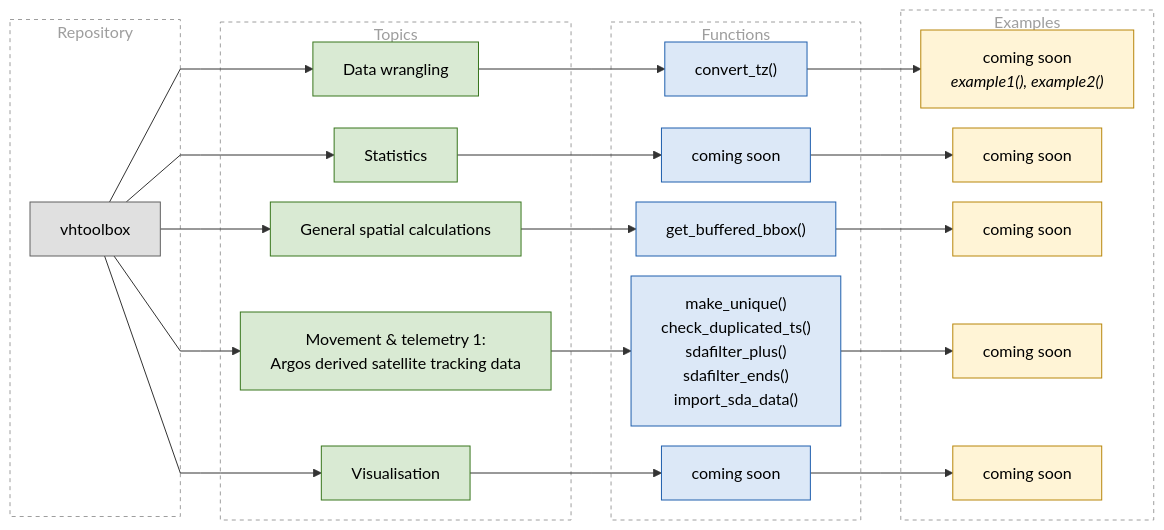
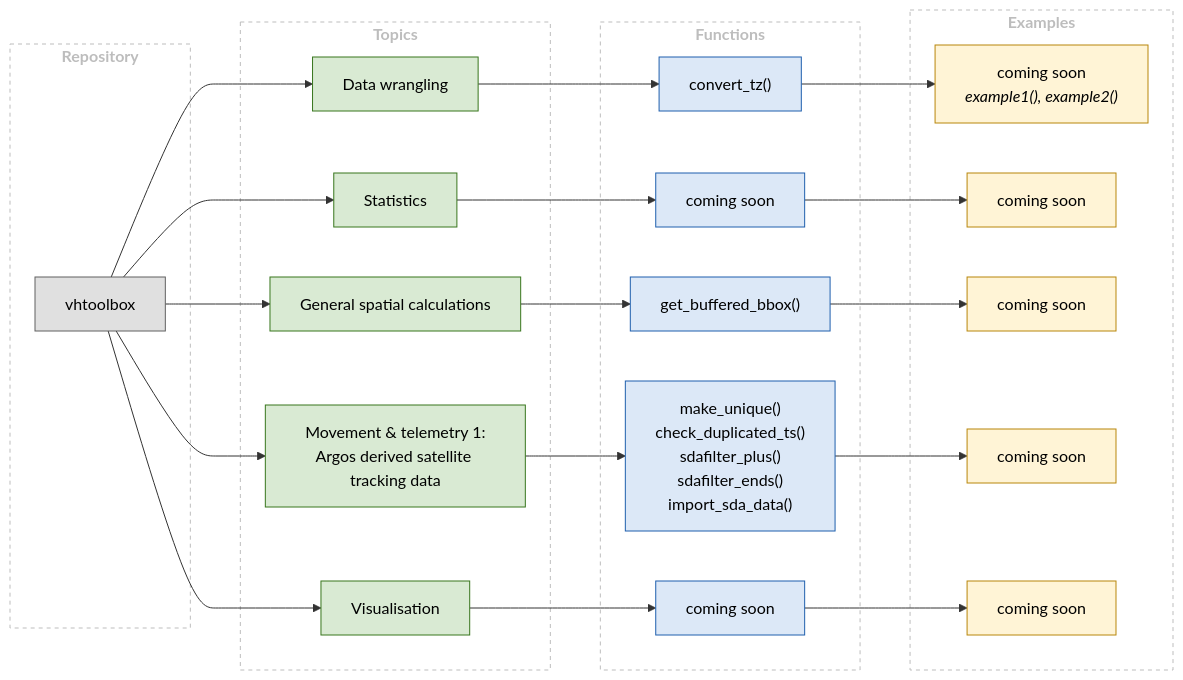
The diagram in README.md (vheim/vhtoolbox), drawn with Mermaid before and after one commit.

Commit message:
mermaid aesthetics change

````diff
--- a/README.md
+++ b/README.md
@@ -25,56 +25,49 @@
 ```mermaid
-%%{init: {"flowchart": {"curve": "linear", "rankSpacing": 40, "nodeSpacing": 20, "wrappingWidth": 500}}}%%
 flowchart LR
-  %% P1/P2 = invisible spacers that make the Repository box as tall as the others;
-  %% add or remove <br/> in both if the other columns get taller or shorter.
-  subgraph L1["Repository"]
-    P1["<br/><br/><br/><br/>"]
+  subgraph L1["<b>Repository</b>"]
     R["vhtoolbox"]
-    P2["<br/><br/><br/><br/>"]
   end
-  subgraph L2["Topics"]
+  subgraph L2["<b>Topics</b>"]
     T1["Data wrangling"]
     T2["Statistics"]
     T3["General spatial calculations"]
     T4["Movement & telemetry 1:<br/>Argos derived satellite tracking data"]
     T5["Visualisation"]
   end
-  subgraph L3["Functions"]
+  subgraph L3["<b>Functions</b>"]
     F1["convert_tz()"]
     F2["coming soon"]
     F3["get_buffered_bbox()"]
     F4["make_unique()<br/>check_duplicated_ts()<br/>sdafilter_plus()<br/>sdafilter_ends()<br/>import_sda_data()"]
     F5["coming soon"]
   end
-  subgraph L4["Examples"]
+  subgraph L4["<b>Examples</b>"]
     E1["coming soon<br/><i>example1(), example2()</i>"]
     E2["coming soon"]
     E3["coming soon"]
     E4["coming soon"]
     E5["coming soon"]
   end
 
   R --> T1 & T2 & T3 & T4 & T5
   T1 --> F1 --> E1
   T2 --> F2 --> E2
   T3 --> F3 --> E3
   T4 --> F4 --> E4
   T5 --> F5 --> E5
 
   %% One example box per topic: replace "coming soon" with the example name(s),
   %% each followed by the functions it uses in italics, e.g.
   %%   E4["Rexample_sdafilter_plus.R<br/><i>sdafilter_plus(), sdafilter_ends()</i>"]
 
   classDef repo     fill:#E0E0E0,stroke:#616161,color:#000;
   classDef topic    fill:#D9EAD3,stroke:#38761D,color:#000;
   classDef func     fill:#DCE8F7,stroke:#1F5FAD,color:#000;
   classDef example  fill:#FFF4D6,stroke:#B8860B,color:#000;
-  classDef level    fill:none,stroke:#9E9E9E,stroke-dasharray:4 4,color:#9E9E9E;
-  classDef spacer   fill:none,stroke:none,color:none;
+  classDef level    fill:none,stroke:#BDBDBD,stroke-dasharray:4 4,color:#BDBDBD;
   class R repo;
-  class P1,P2 spacer;
   class T1,T2,T3,T4,T5 topic;
   class F1,F2,F3,F4,F5 func;
   class E1,E2,E3,E4,E5 example;
   class L1,L2,L3,L4 level;
 ```
````
